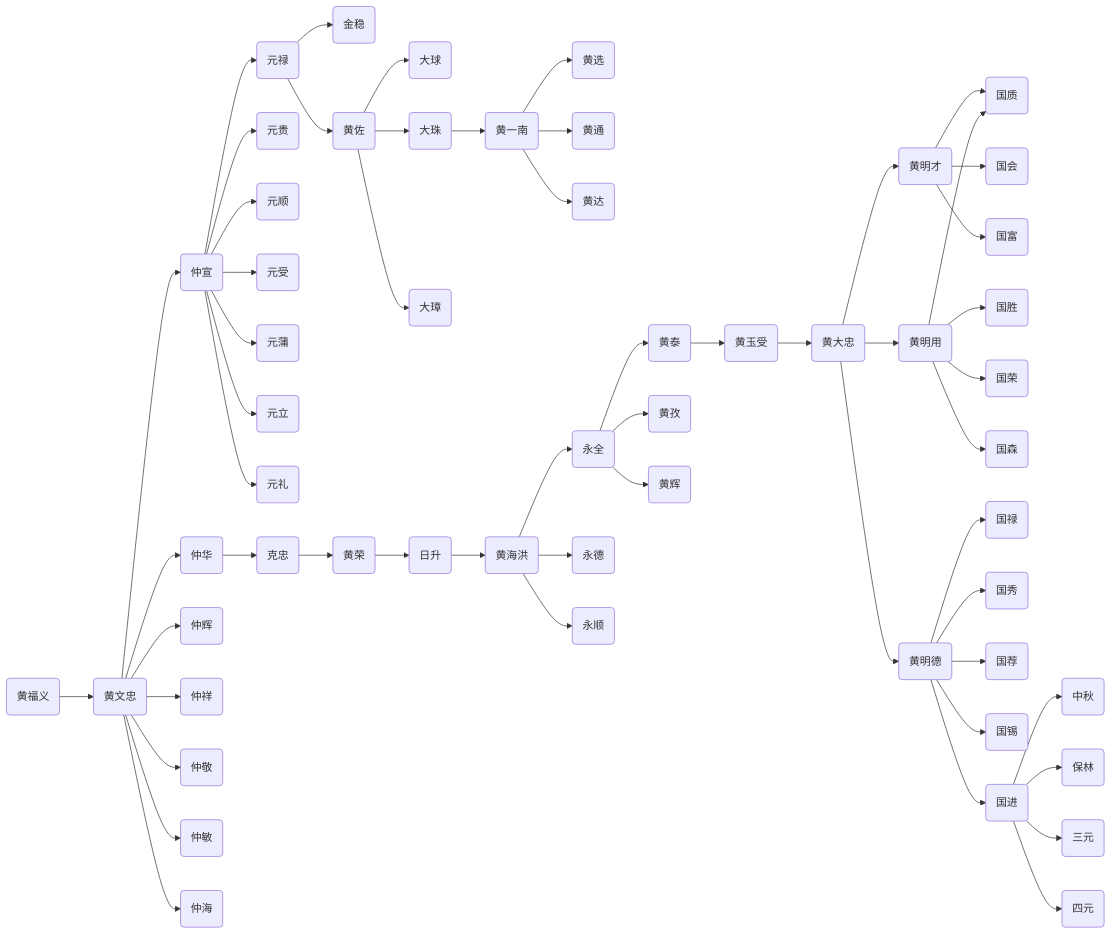
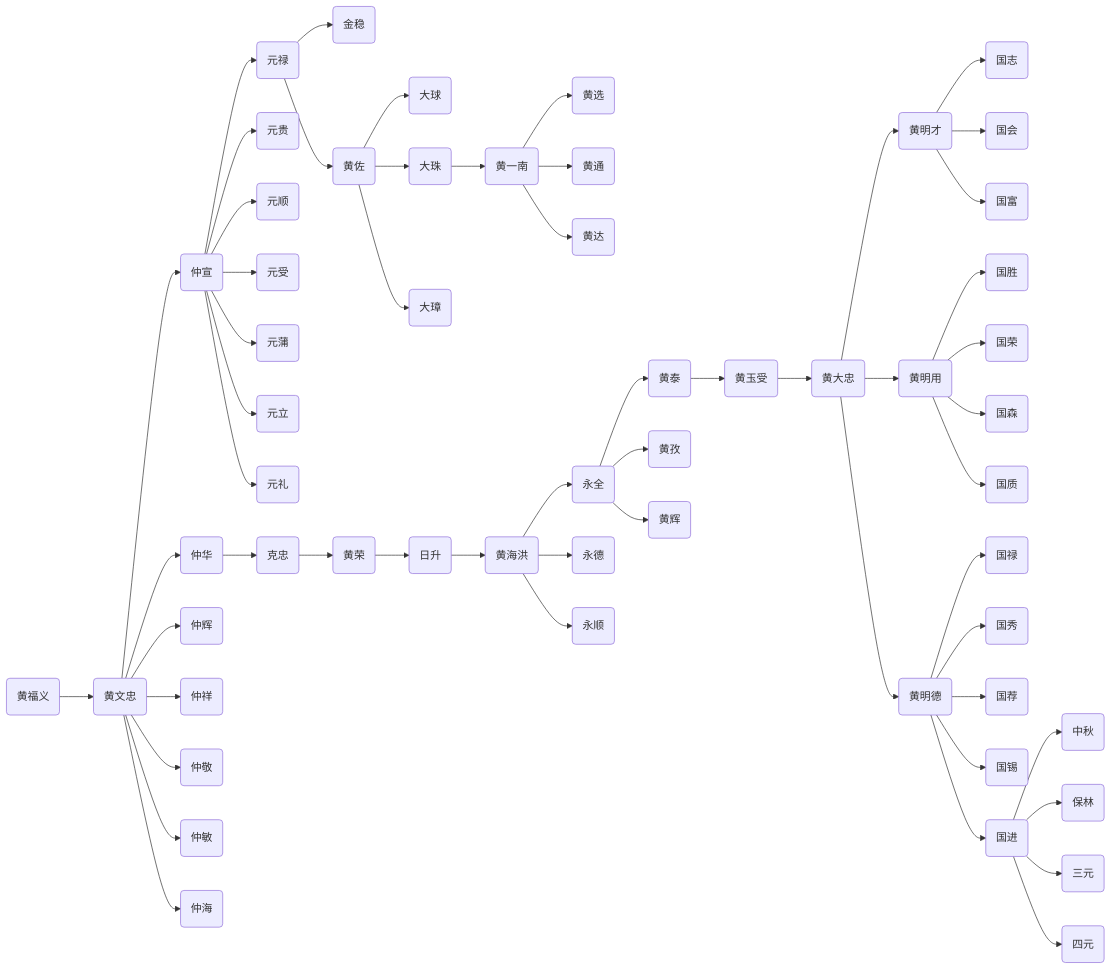
One commit to jeanim/jiapu changed the diagram in contents/chapter2.md. Above: the diagram before and after it, drawn with Mermaid.

```diff
--- a/contents/chapter2.md
+++ b/contents/chapter2.md
@@ -5,58 +5,58 @@
 {% mermaid %}
 graph LR;
   huangfuyi("黄福义")-->huangwenzhong("黄文忠");
   huangwenzhong("黄文忠")-->zhongxuan("仲宣");
   zhongxuan("仲宣")-->yuanlu("元禄");
   yuanlu("元禄")-->jingwen("金稳");
   yuanlu("元禄")-->huangzuo("黄佐");
   huangzuo("黄佐")-->daqiu("大球");
   huangzuo("黄佐")-->dazhu("大珠");
   dazhu("大珠")-->huangyinan("黄一南");
   huangyinan("黄一南")-->huangxuan("黄选");
   huangyinan("黄一南")-->huangtong("黄通");
   huangyinan("黄一南")-->huangda("黄达");
   huangzuo("黄佐")-->dazhang("大璋");
   zhongxuan("仲宣")-->yuangui("元贵");
   zhongxuan("仲宣")-->yuanshun("元顺");
   zhongxuan("仲宣")-->yuanshou("元受");
   zhongxuan("仲宣")-->yuanpu("元蒲");
   zhongxuan("仲宣")-->yuanli("元立");
   zhongxuan("仲宣")-->yuanli2("元礼");
   huangwenzhong("黄文忠")-->zhonghua("仲华");
   zhonghua("仲华")-->kezhong("克忠");
   kezhong("克忠")-->huangrong("黄荣");
   huangrong("黄荣")-->risheng("日升");
   risheng("日升")-->huanghaihong("黄海洪");
   huanghaihong("黄海洪")-->yongquan("永全");
   yongquan("永全")-->huangtai("黄泰");
   huangtai("黄泰")-->huangyushou("黄玉受");
   huangyushou("黄玉受")-->huangdazhong("黄大忠");
   huangdazhong("黄大忠")-->huangmingcai("黄明才");
   huangmingcai("黄明才")-->guozhi("国志");
   huangmingcai("黄明才")-->guohui("国会");
   huangmingcai("黄明才")-->guofu("国富");
   huangdazhong("黄大忠")-->huangmingyong("黄明用");
   huangmingyong("黄明用")-->guosheng("国胜");
   huangmingyong("黄明用")-->guorong("国荣");
   huangmingyong("黄明用")-->guosen("国森");
-  huangmingyong("黄明用")-->guozhi("国质");
+  huangmingyong("黄明用")-->guozhi2("国质");
   huangdazhong("黄大忠")-->huangmingde("黄明德");
   huangmingde("黄明德")-->guolu("国禄");
   huangmingde("黄明德")-->guoxiu("国秀");
   huangmingde("黄明德")-->guojian("国荐");
   huangmingde("黄明德")-->guoxi("国锡");
   huangmingde("黄明德")-->guojin("国进");
   guojin("国进")-->zhongqiu("中秋");
   guojin("国进")-->baolin("保林");
   guojin("国进")-->sanyuan("三元");
   guojin("国进")-->siyuan("四元");
   yongquan("永全")-->huangzi("黄孜");
   yongquan("永全")-->huanghui("黄辉");  
   huanghaihong("黄海洪")-->yongde("永德");
   huanghaihong("黄海洪")-->yongshun("永顺");
   huangwenzhong("黄文忠")-->zhonghui("仲辉");
   huangwenzhong("黄文忠")-->zhongxiang("仲祥");
   huangwenzhong("黄文忠")-->zhongjing("仲敬");
   huangwenzhong("黄文忠")-->zhongmin("仲敏");
   huangwenzhong("黄文忠")-->zhonghai("仲海"); 
 {% endmermaid %}
```
